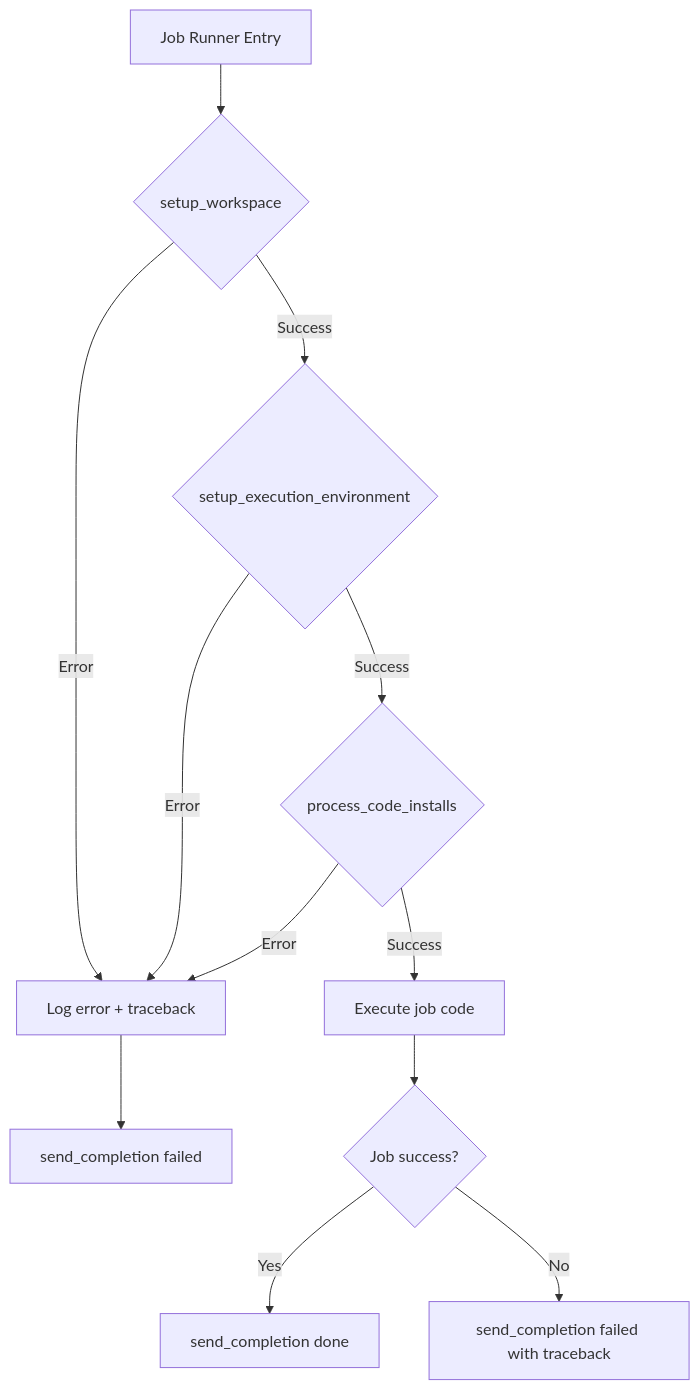
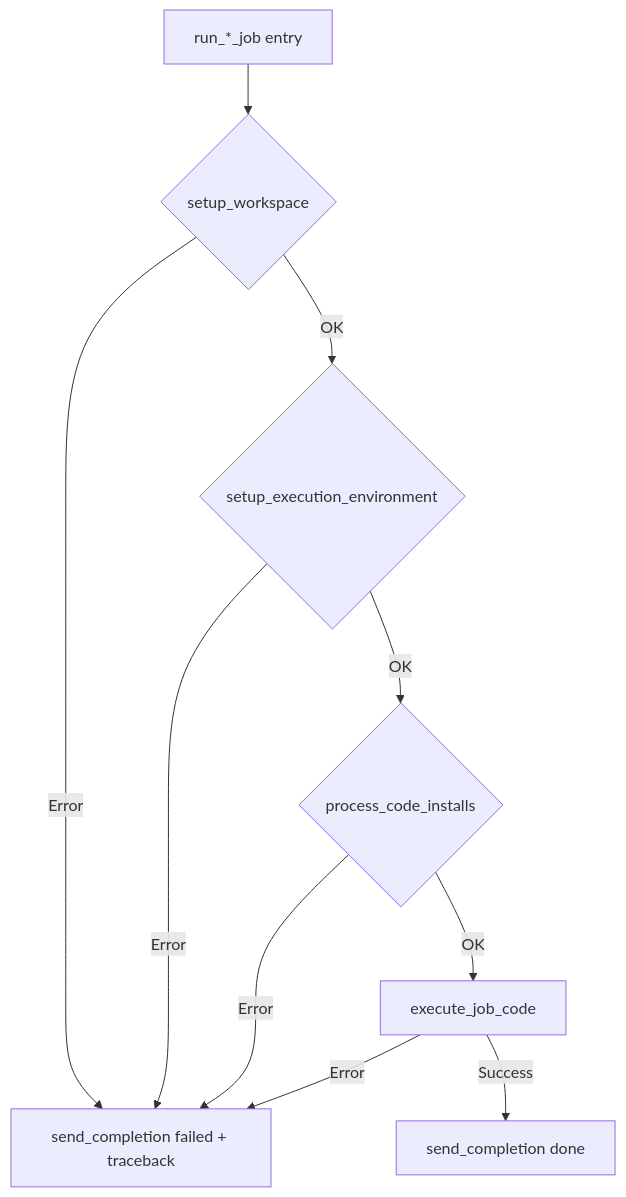
The eighth of 10 diagrams in doc/insights_app.md (pyops-project/pyops), drawn with Mermaid before and after one commit. The commit also changed other lines of this file and 6 other files, not shown here.

````diff
--- a/doc/insights_app.md
+++ b/doc/insights_app.md
@@ -739,14 +322,12 @@
 ```mermaid
 flowchart TD
-    A[Job Runner Entry] --> B{setup_workspace}
-    B -->|Error| C[Log error + traceback]
-    C --> D[send_completion failed]
-    B -->|Success| E{setup_execution_environment}
-    E -->|Error| C
-    E -->|Success| F{process_code_installs}
-    F -->|Error| C
-    F -->|Success| G[Execute job code]
-    G --> H{Job success?}
-    H -->|Yes| I[send_completion done]
-    H -->|No| J[send_completion failed with traceback]
+    A[run_*_job entry] --> B{setup_workspace}
+    B -->|Error| Z[send_completion failed + traceback]
+    B -->|OK| C{setup_execution_environment}
+    C -->|Error| Z
+    C -->|OK| D{process_code_installs}
+    D -->|Error| Z
+    D -->|OK| E[execute_job_code]
+    E -->|Success| F[send_completion done]
+    E -->|Error| Z
 ```
````
